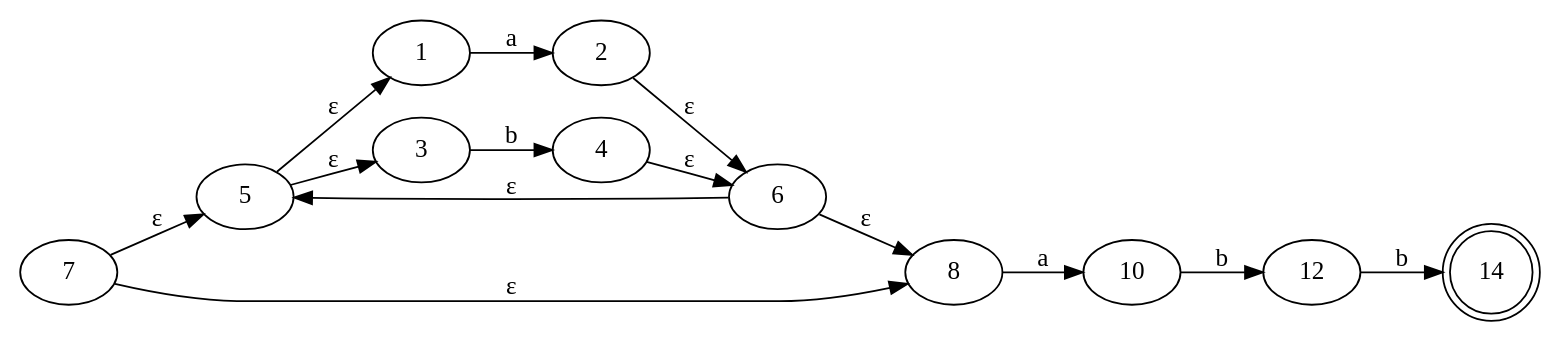
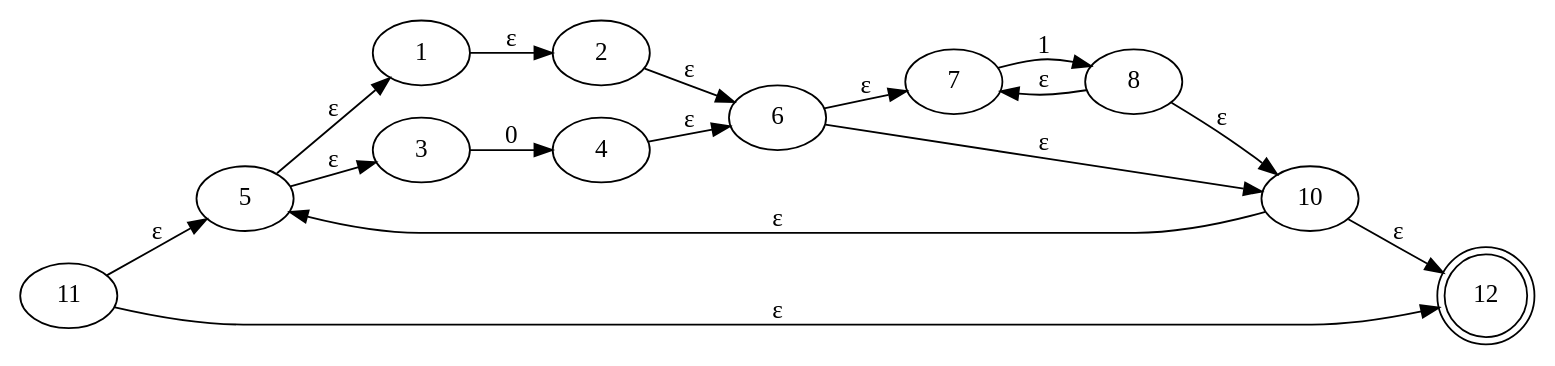
Before and after one commit to rmonzon98/Dise-o-de-lenguajes: the diagram in graficas/Thompson.gv, drawn with Graphviz. The commit also changed 13 other files, not shown here.

```diff
--- a/graficas/Thompson.gv
+++ b/graficas/Thompson.gv
@@ -1,27 +1,29 @@
 digraph Automata {
 	rankdir=LR
 	5 [label=5]
 	1 [label=1]
 	3 [label=3]
 	2 [label=2]
 	4 [label=4]
 	6 [label=6]
 	7 [label=7]
 	8 [label=8]
 	10 [label=10]
-	12 [label=12]
-	14 [label=14 shape=doublecircle]
+	11 [label=11]
+	12 [label=12 shape=doublecircle]
 	5 -> 1 [label="ε"]
 	5 -> 3 [label="ε"]
-	1 -> 2 [label=a]
-	3 -> 4 [label=b]
+	1 -> 2 [label="ε"]
+	3 -> 4 [label=0]
 	2 -> 6 [label="ε"]
 	4 -> 6 [label="ε"]
-	7 -> 5 [label="ε"]
-	7 -> 8 [label="ε"]
-	6 -> 8 [label="ε"]
-	6 -> 5 [label="ε"]
-	8 -> 10 [label=a]
-	10 -> 12 [label=b]
-	12 -> 14 [label=b]
+	7 -> 8 [label=1]
+	8 -> 10 [label="ε"]
+	8 -> 7 [label="ε"]
+	6 -> 7 [label="ε"]
+	6 -> 10 [label="ε"]
+	11 -> 5 [label="ε"]
+	11 -> 12 [label="ε"]
+	10 -> 12 [label="ε"]
+	10 -> 5 [label="ε"]
 }
```
